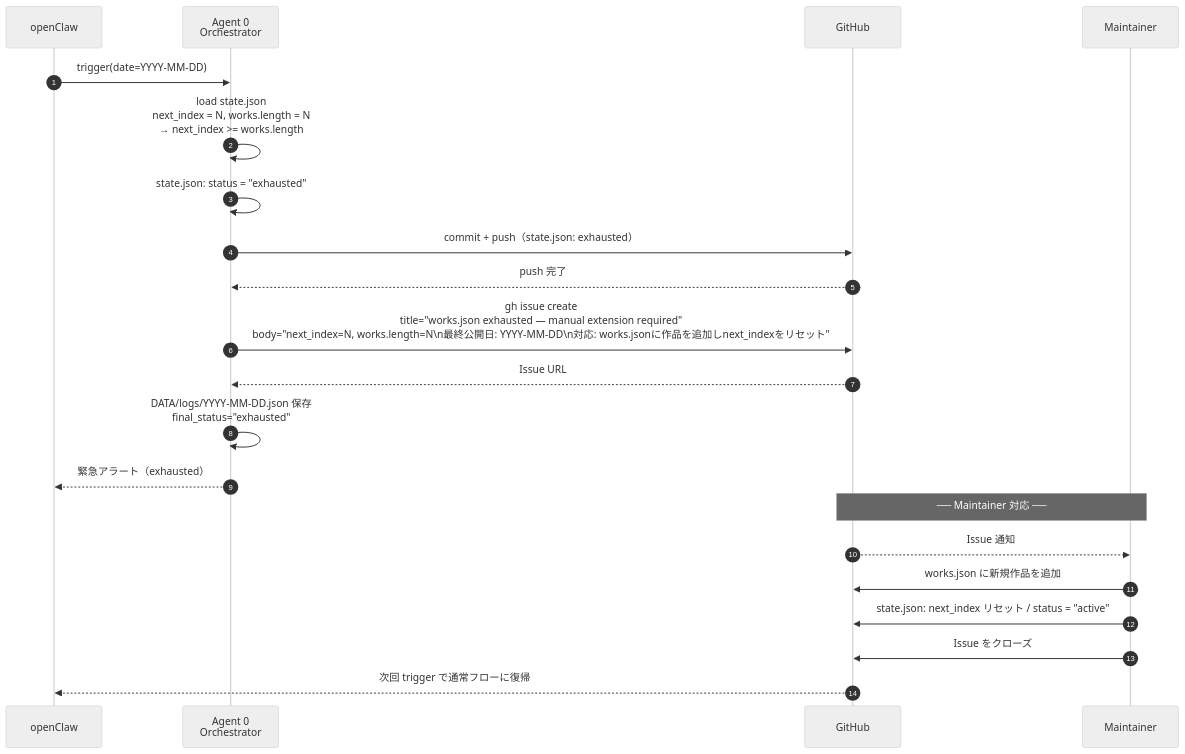
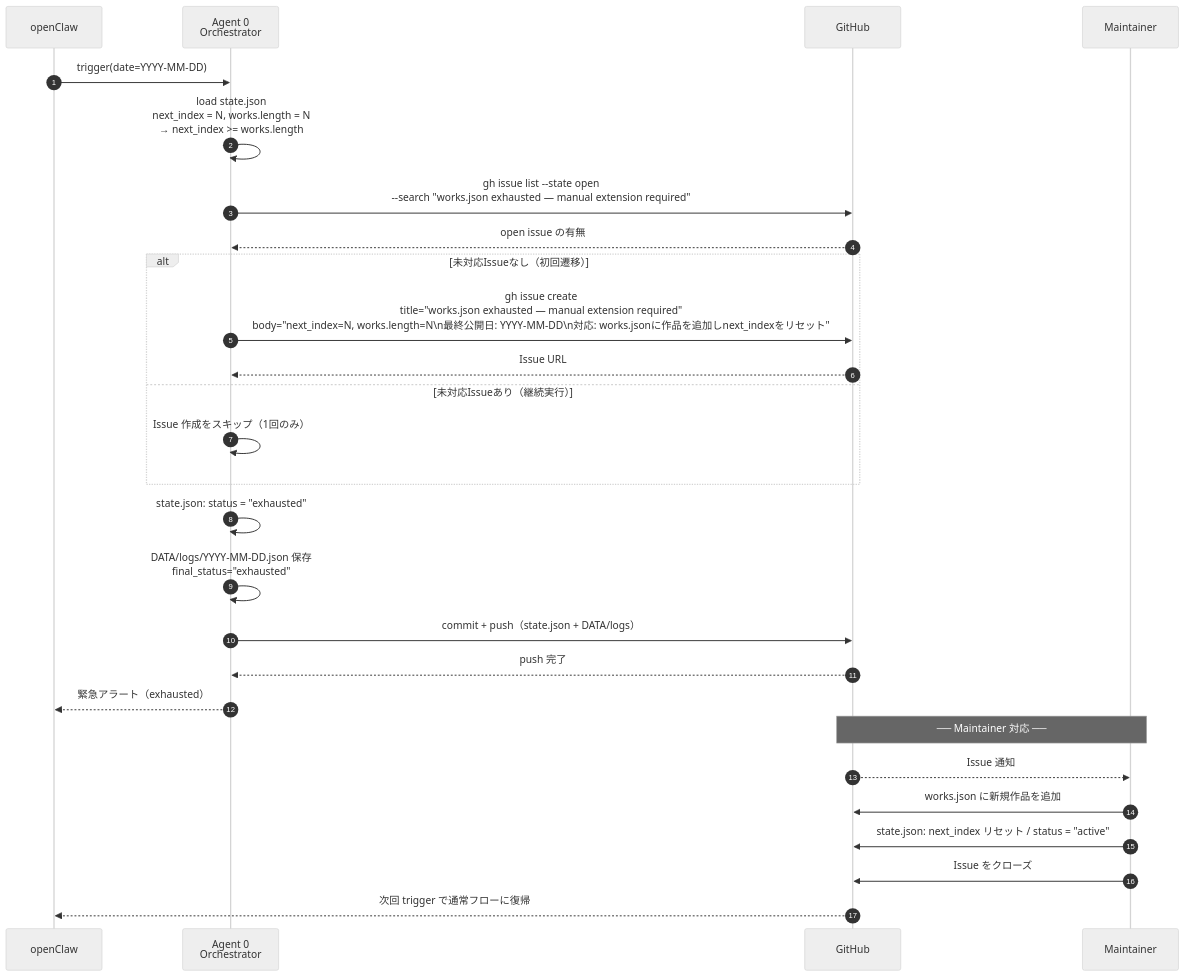
One commit to garyohosu/AozoraDailyTranslations changed the fifth of 10 diagrams in SEQUENCE.md. Above: the diagram before and after it, drawn with Mermaid (neutral theme). The commit also changed other lines of this file and 1 other file, not shown here.

Commit message:
docs: align workflow commit order and exhausted issue policy

````diff
--- a/SEQUENCE.md
+++ b/SEQUENCE.md
@@ -289,28 +290,34 @@
 ```mermaid
 sequenceDiagram
     autonumber
     participant OC as openClaw
     participant Orch as Agent 0<br/>Orchestrator
     participant GH as GitHub
     participant Maint as Maintainer
 
     OC->>Orch: trigger(date=YYYY-MM-DD)
     Orch->>Orch: load state.json<br/>next_index = N, works.length = N<br/>→ next_index >= works.length
 
+    Orch->>GH: gh issue list --state open<br/>--search "works.json exhausted — manual extension required"
+    GH-->>Orch: open issue の有無
+
+    alt 未対応Issueなし（初回遷移）
+        Orch->>GH: gh issue create<br/>title="works.json exhausted — manual extension required"<br/>body="next_index=N, works.length=N\n最終公開日: YYYY-MM-DD\n対応: works.jsonに作品を追加しnext_indexをリセット"
+        GH-->>Orch: Issue URL
+    else 未対応Issueあり（継続実行）
+        Orch->>Orch: Issue 作成をスキップ（1回のみ）
+    end
+
     Orch->>Orch: state.json: status = "exhausted"
-    Orch->>GH: commit + push（state.json: exhausted）
+    Orch->>Orch: DATA/logs/YYYY-MM-DD.json 保存<br/>final_status="exhausted"
+    Orch->>GH: commit + push（state.json + DATA/logs）
     GH-->>Orch: push 完了
-
-    Orch->>GH: gh issue create<br/>title="works.json exhausted — manual extension required"<br/>body="next_index=N, works.length=N\n最終公開日: YYYY-MM-DD\n対応: works.jsonに作品を追加しnext_indexをリセット"
-    GH-->>Orch: Issue URL
-
-    Orch->>Orch: DATA/logs/YYYY-MM-DD.json 保存<br/>final_status="exhausted"
     Orch-->>OC: 緊急アラート（exhausted）
 
     Note over Maint,GH: ── Maintainer 対応 ──
     GH-->>Maint: Issue 通知
     Maint->>GH: works.json に新規作品を追加
     Maint->>GH: state.json: next_index リセット / status = "active"
     Maint->>GH: Issue をクローズ
     GH-->>OC: 次回 trigger で通常フローに復帰
 ```
````
